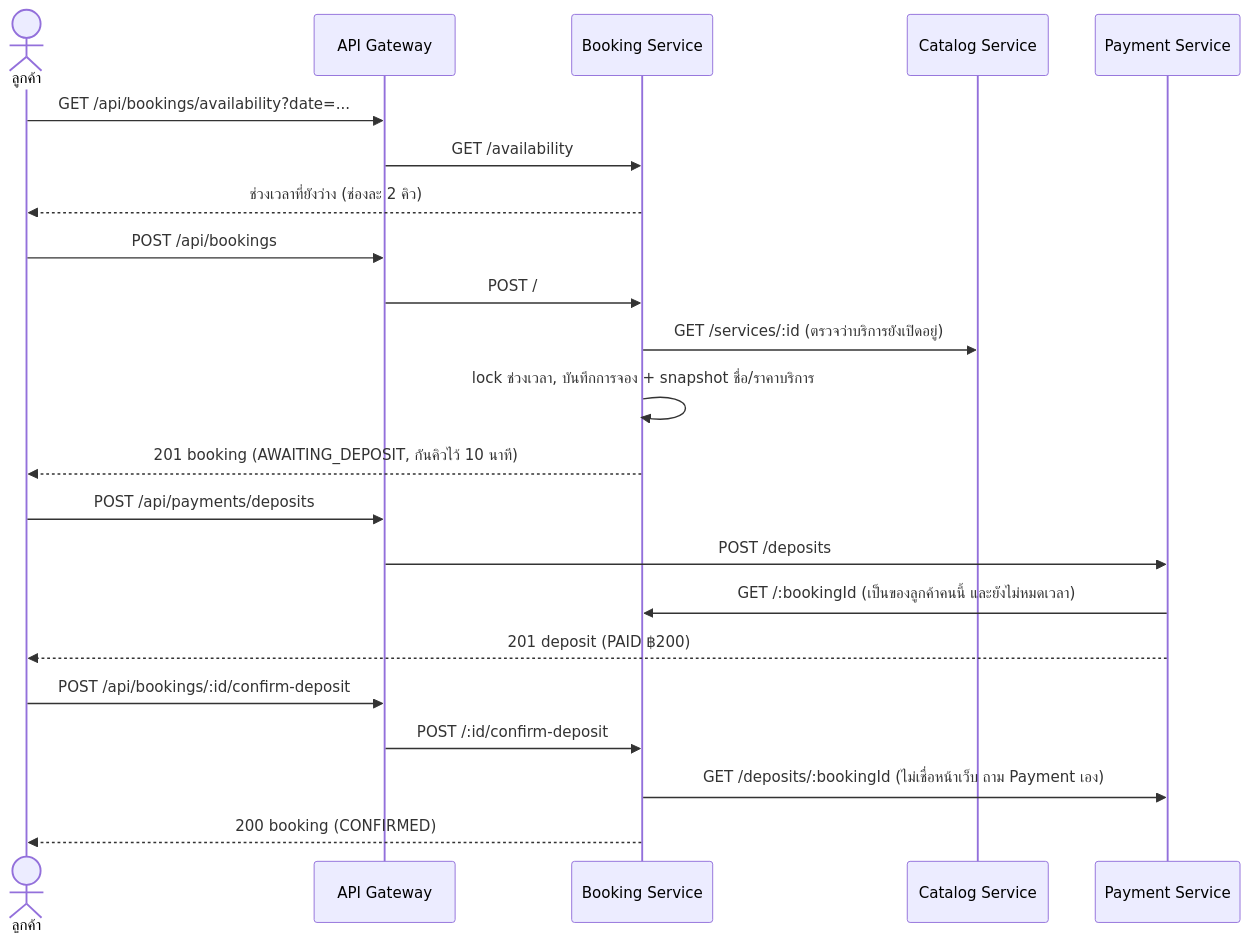
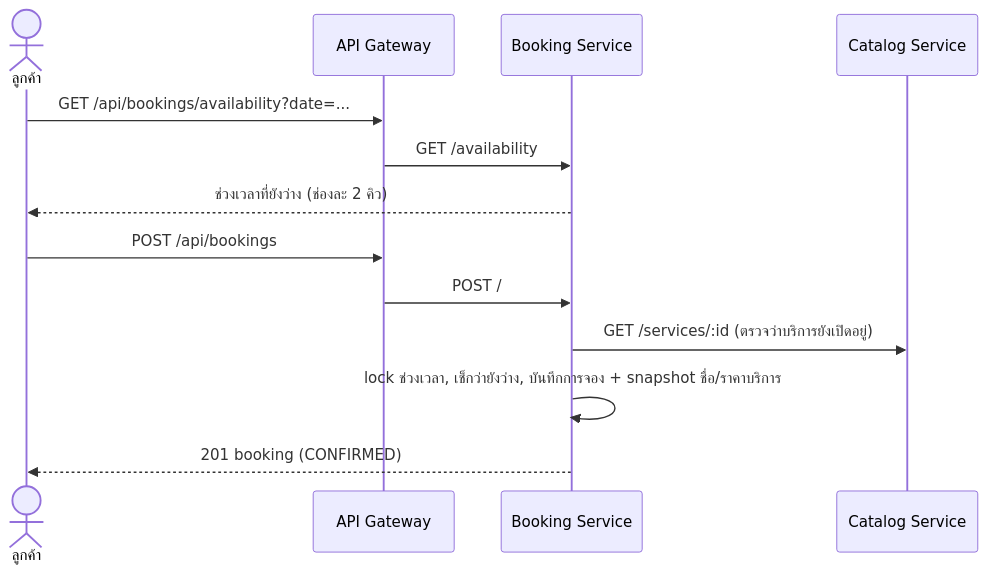
Before and after one commit to Best-Boun/Com-tle: the second of 2 diagrams in README.md, drawn with Mermaid. The commit also changed other lines of this file and 31 other files, not shown here.

First line of the commit message:
revert: remove the booking deposit

````diff
--- a/README.md
+++ b/README.md
@@ -77,24 +75,15 @@
 ```mermaid
 sequenceDiagram
     actor C as ลูกค้า
     participant GW as API Gateway
     participant BS as Booking Service
     participant CS as Catalog Service
-    participant PS as Payment Service
     C->>GW: GET /api/bookings/availability?date=...
     GW->>BS: GET /availability
     BS-->>C: ช่วงเวลาที่ยังว่าง (ช่องละ 2 คิว)
     C->>GW: POST /api/bookings
     GW->>BS: POST /
     BS->>CS: GET /services/:id (ตรวจว่าบริการยังเปิดอยู่)
-    BS->>BS: lock ช่วงเวลา, บันทึกการจอง + snapshot ชื่อ/ราคาบริการ
-    BS-->>C: 201 booking (AWAITING_DEPOSIT, กันคิวไว้ 10 นาที)
-    C->>GW: POST /api/payments/deposits
-    GW->>PS: POST /deposits
-    PS->>BS: GET /:bookingId (เป็นของลูกค้าคนนี้ และยังไม่หมดเวลา)
-    PS-->>C: 201 deposit (PAID ฿200)
-    C->>GW: POST /api/bookings/:id/confirm-deposit
-    GW->>BS: POST /:id/confirm-deposit
-    BS->>PS: GET /deposits/:bookingId (ไม่เชื่อหน้าเว็บ ถาม Payment เอง)
-    BS-->>C: 200 booking (CONFIRMED)
+    BS->>BS: lock ช่วงเวลา, เช็กว่ายังว่าง, บันทึกการจอง + snapshot ชื่อ/ราคาบริการ
+    BS-->>C: 201 booking (CONFIRMED)
 ```
````
